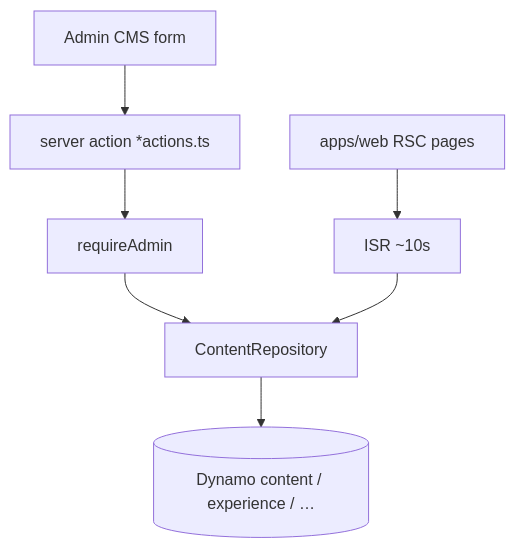
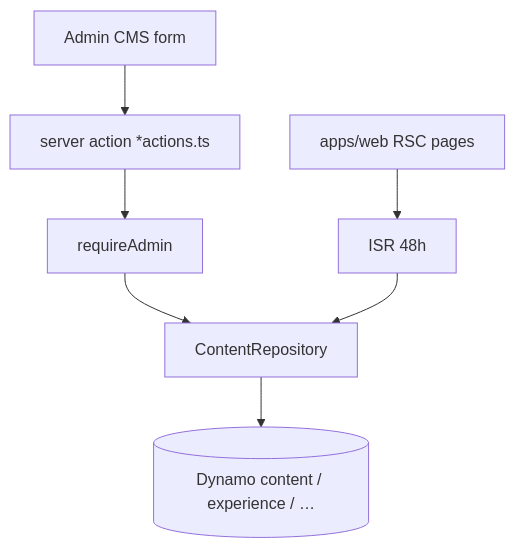
Before and after one commit to KhubaibQaiser/portfolio-v2: the diagram in docs/flows/cms-content.md, drawn with Mermaid. The commit also changed other lines of this file and 24 other files, not shown here.

````diff
--- a/docs/flows/cms-content.md
+++ b/docs/flows/cms-content.md
@@ -8,13 +8,13 @@
 ```mermaid
 flowchart TD
   form[Admin CMS form]
   action["server action *actions.ts"]
   guard[requireAdmin]
   repo[ContentRepository]
   ddb[(Dynamo content / experience / …)]
   web[apps/web RSC pages]
-  isr[ISR ~10s]
+  isr[ISR 48h]
 
   form --> action --> guard --> repo --> ddb
   web --> isr --> repo
 ```
````
